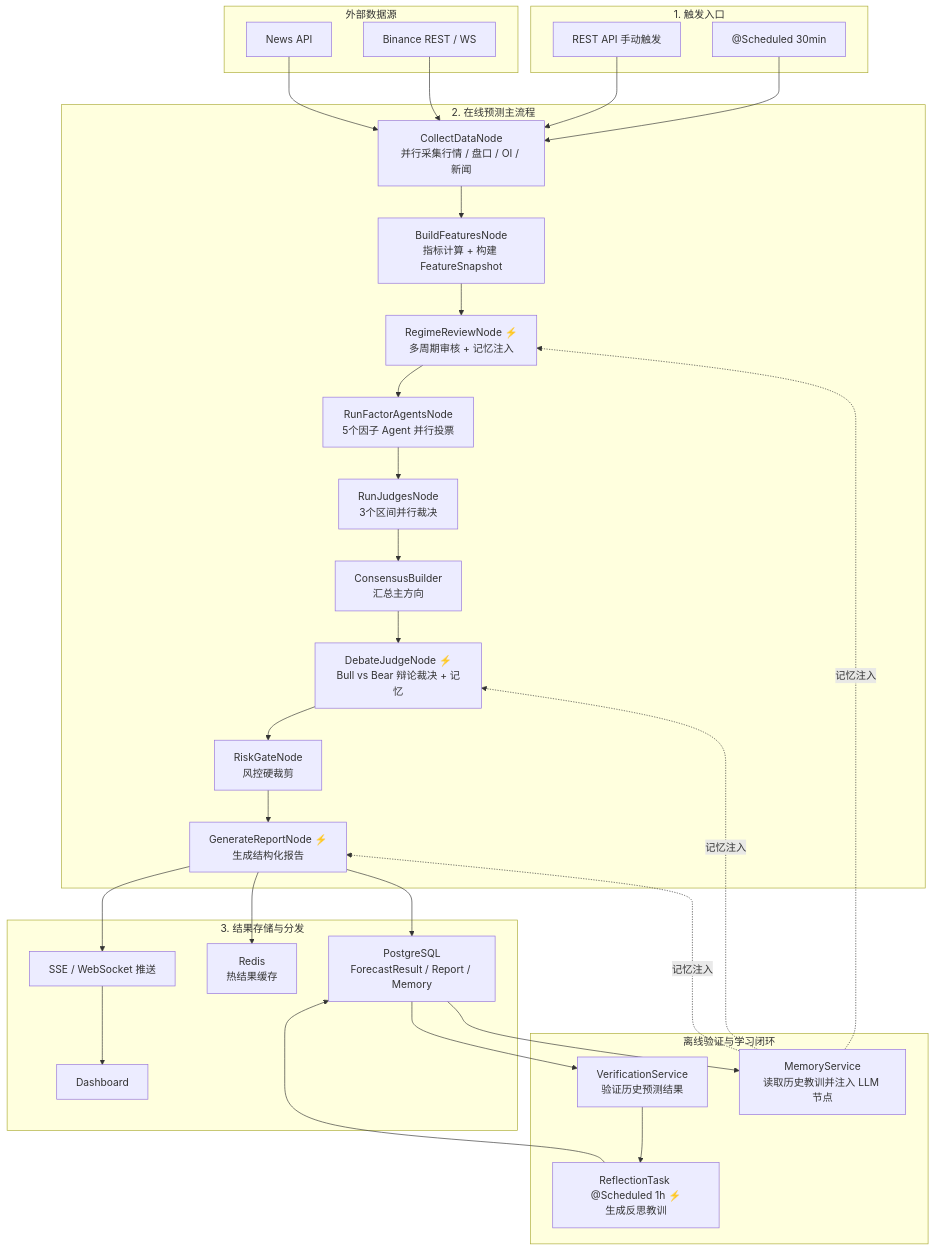
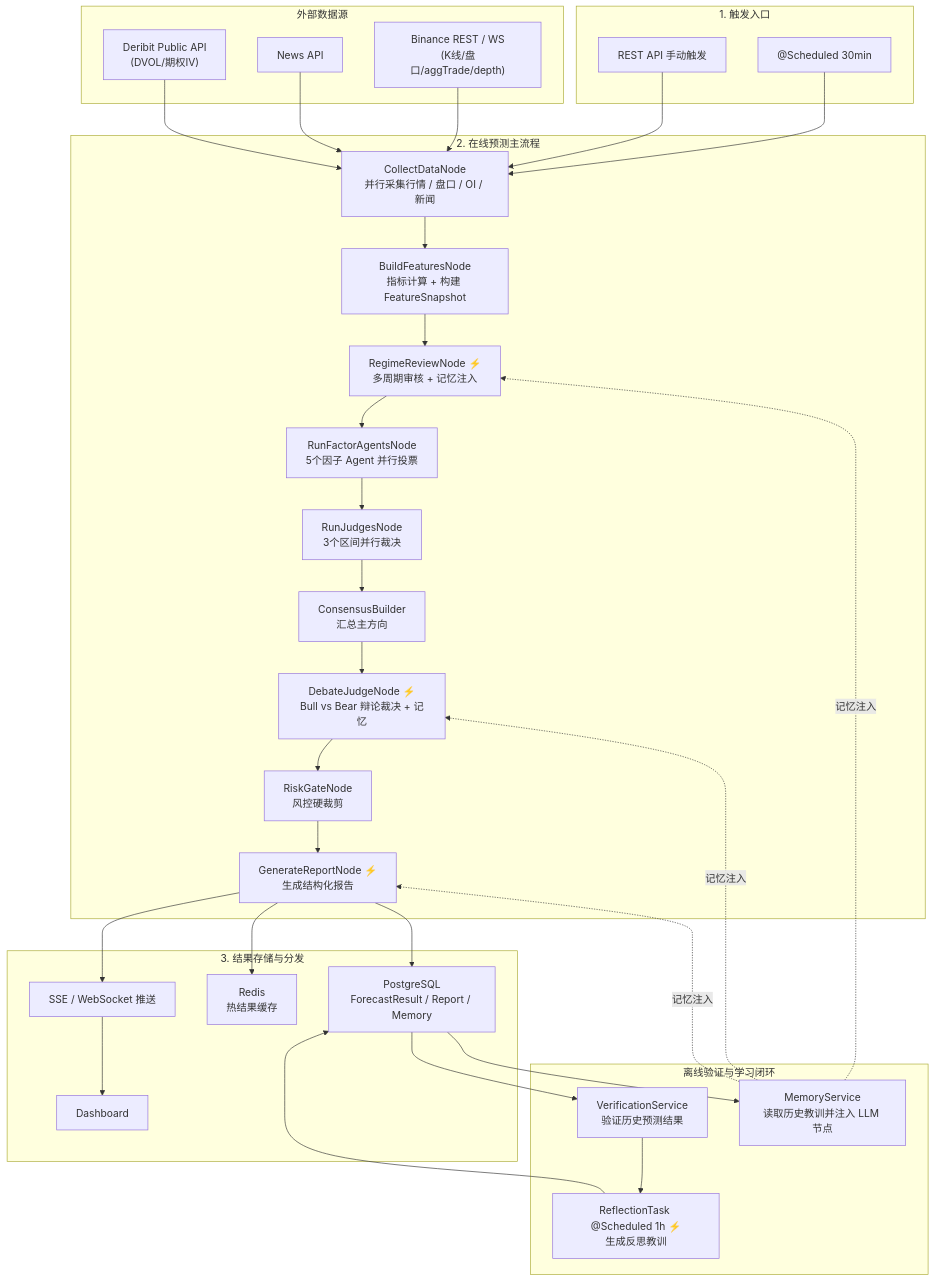
One commit to mamawai/wtfibought changed the first of 6 diagrams in docs/Quantitative analysis.md. Above: the diagram before and after it, drawn with Mermaid. The commit also changed other lines of this file and 20 other files, not shown here.

````diff
--- a/docs/Quantitative analysis.md
+++ b/docs/Quantitative analysis.md
@@ -131,55 +134,57 @@
 ```mermaid
 flowchart TB
     subgraph ENTRY["1. 触发入口"]
         E1["@Scheduled 30min"]
         E2["REST API 手动触发"]
     end
 
     subgraph FLOW["2. 在线预测主流程"]
         F1["CollectDataNode<br/>并行采集行情 / 盘口 / OI / 新闻"]
         F2["BuildFeaturesNode<br/>指标计算 + 构建 FeatureSnapshot"]
         F3["RegimeReviewNode ⚡<br/>多周期审核 + 记忆注入"]
         F4["RunFactorAgentsNode<br/>5个因子 Agent 并行投票"]
         F5["RunJudgesNode<br/>3个区间并行裁决"]
         F6["ConsensusBuilder<br/>汇总主方向"]
         F7["DebateJudgeNode ⚡<br/>Bull vs Bear 辩论裁决 + 记忆"]
         F8["RiskGateNode<br/>风控硬裁剪"]
         F9["GenerateReportNode ⚡<br/>生成结构化报告"]
     end
 
     subgraph DELIVERY["3. 结果存储与分发"]
         D1["PostgreSQL<br/>ForecastResult / Report / Memory"]
         D2["Redis<br/>热结果缓存"]
         D3["SSE / WebSocket 推送"]
         D4["Dashboard"]
     end
 
     subgraph SOURCE["外部数据源"]
-        S1["Binance REST / WS"]
+        S1["Binance REST / WS<br/>(K线/盘口/aggTrade/depth)"]
         S2["News API"]
+        S3["Deribit Public API<br/>(DVOL/期权IV)"]
     end
 
     subgraph FEEDBACK["离线验证与学习闭环"]
         V1["VerificationService<br/>验证历史预测结果"]
         V2["ReflectionTask @Scheduled 1h ⚡<br/>生成反思教训"]
         V3["MemoryService<br/>读取历史教训并注入 LLM 节点"]
     end
 
     E1 --> F1
     E2 --> F1
 
     S1 --> F1
     S2 --> F1
+    S3 --> F1
 
     F1 --> F2 --> F3 --> F4 --> F5 --> F6 --> F7 --> F8 --> F9
 
     F9 --> D1
     F9 --> D2
     F9 --> D3 --> D4
 
     D1 --> V1 --> V2 --> D1
     D1 --> V3
     V3 -.记忆注入.-> F3
     V3 -.记忆注入.-> F7
     V3 -.记忆注入.-> F9
 ```
````
